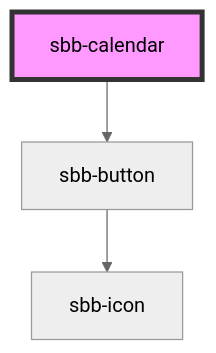
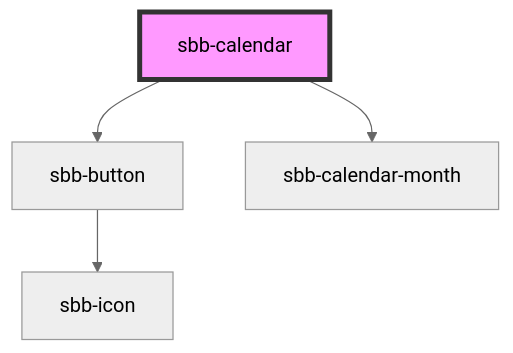
One commit to liviakuenzli/lyne-components changed the diagram in src/components/sbb-calendar/readme.md. Above: the diagram before and after it, drawn with Mermaid (neutral theme). The commit also changed other lines of this file and 15 other files, not shown here.

Commit message:
feat: add month component based on SBB Angular impl (TBC)

````diff
--- a/src/components/sbb-calendar/readme.md
+++ b/src/components/sbb-calendar/readme.md
@@ -31,6 +26,7 @@
 ```mermaid
 graph TD;
   sbb-calendar --> sbb-button
+  sbb-calendar --> sbb-calendar-month
   sbb-button --> sbb-icon
   style sbb-calendar fill:#f9f,stroke:#333,stroke-width:4px
 ```
````
